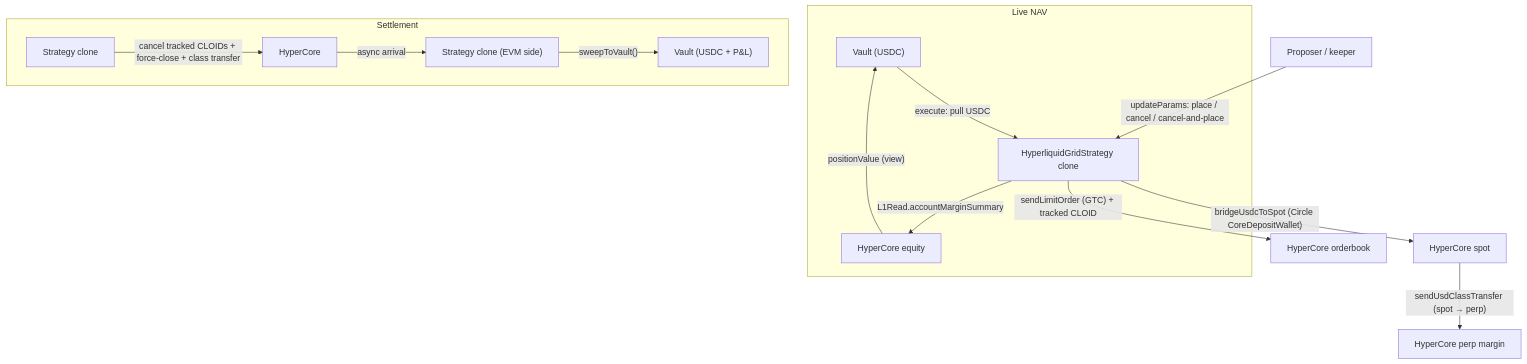
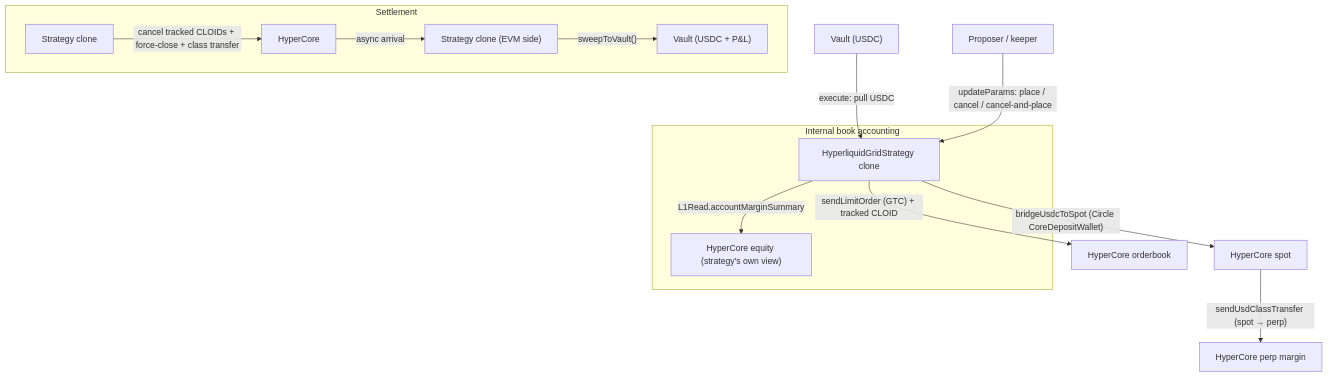
One commit to sherwoodagent/mintlify-docs changed the diagram in protocol/strategies/hyperliquid-grid.mdx. Above: the diagram before and after it, drawn with Mermaid. The commit also changed other lines of this file and 8 other files, not shown here.

````diff
--- a/protocol/strategies/hyperliquid-grid.mdx
+++ b/protocol/strategies/hyperliquid-grid.mdx
@@ -17,20 +17,19 @@
 ```mermaid
 graph TD
     V["Vault (USDC)"] -->|"execute: pull USDC"| S["HyperliquidGridStrategy clone"]
     S -->|"bridgeUsdcToSpot (Circle CoreDepositWallet)"| C1["HyperCore spot"]
     C1 -->|"sendUsdClassTransfer (spot → perp)"| C2["HyperCore perp margin"]
 
     P["Proposer / keeper"] -->|"updateParams: place / cancel / cancel-and-place"| S
     S -->|"sendLimitOrder (GTC) + tracked CLOID"| C3["HyperCore orderbook"]
 
-    subgraph "Live NAV"
-        S -->|"L1Read.accountMarginSummary"| C4["HyperCore equity"]
-        C4 -->|"positionValue (view)"| V
+    subgraph "Internal book accounting"
+        S -->|"L1Read.accountMarginSummary"| C4["HyperCore equity (strategy's own view)"]
     end
 
     subgraph "Settlement"
         S2["Strategy clone"] -->|"cancel tracked CLOIDs + force-close + class transfer"| C5["HyperCore"]
         C5 -->|"async arrival"| S3["Strategy clone (EVM side)"]
         S3 -->|"sweepToVault()"| V2["Vault (USDC + P&L)"]
     end
 ```
````
